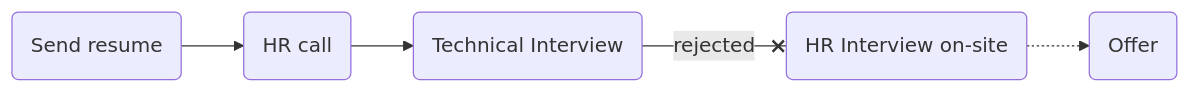
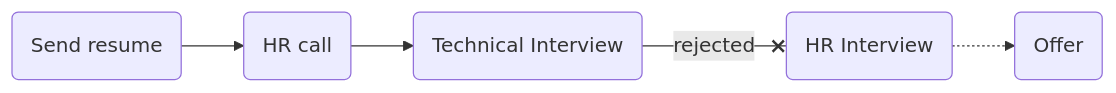
One commit to mo1ein/jobname changed the diagram in karnameh.md. Above: the diagram before and after it, drawn with Mermaid.

````diff
--- a/karnameh.md
+++ b/karnameh.md
@@ -5,5 +5,5 @@
 ```mermaid
 flowchart LR
     sr(Send resume) --> hr(HR call)
-    hr(HR call) --> ti1(Technical Interview) --rejected--x hri(HR Interview on-site) -.-> o(Offer)
+    hr(HR call) --> ti1(Technical Interview) --rejected--x hri(HR Interview) -.-> o(Offer)
 ```
````
